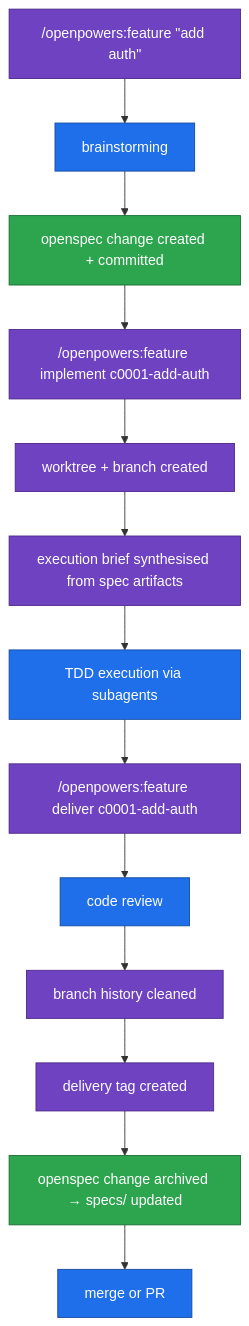
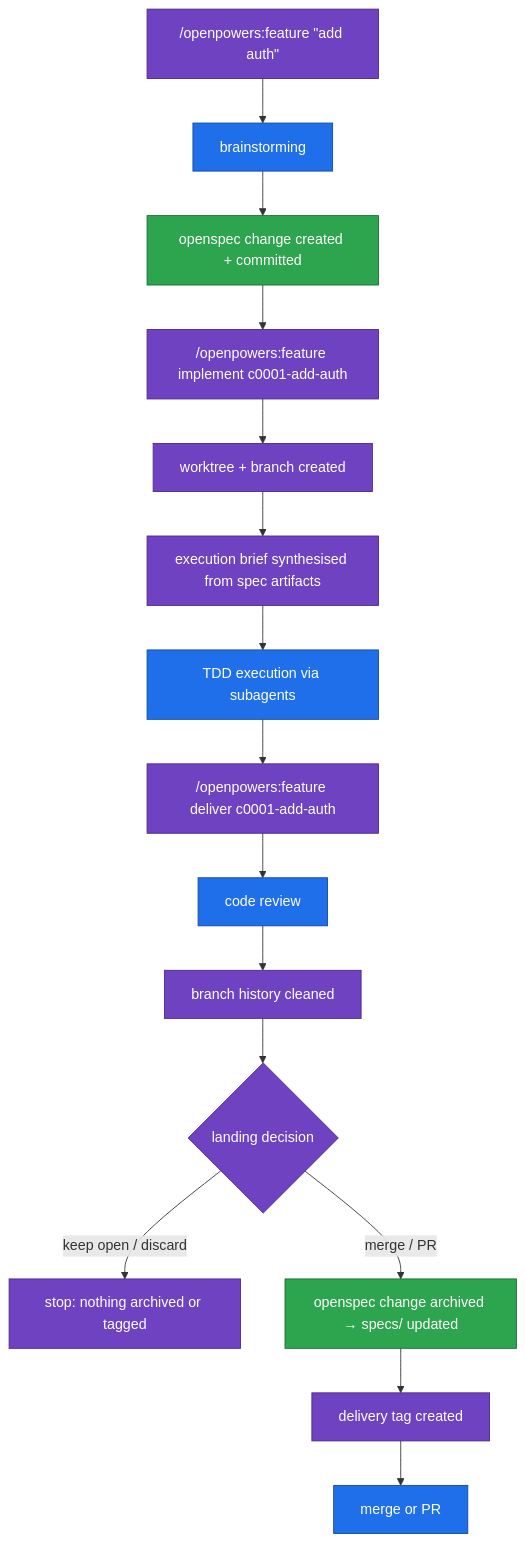
One commit to fuzzyalej/openpowers changed the diagram in README.md. Above: the diagram before and after it, drawn with Mermaid. The commit also changed other lines of this file and 9 other files, not shown here.

````diff
--- a/README.md
+++ b/README.md
@@ -150,23 +151,25 @@
 ```mermaid
 flowchart TD
     A["/openpowers:feature &quot;add auth&quot;"] --> B[brainstorming]
     B --> C[openspec change created + committed]
     C --> D["/openpowers:feature implement c0001-add-auth"]
     D --> E[worktree + branch created]
     E --> F[execution brief synthesised from spec artifacts]
     F --> G[TDD execution via subagents]
     G --> H["/openpowers:feature deliver c0001-add-auth"]
     H --> I[code review]
     I --> J[branch history cleaned]
-    J --> K[delivery tag created]
-    K --> L[openspec change archived → specs/ updated]
-    L --> M[merge or PR]
+    J --> N{landing decision}
+    N -->|keep open / discard| O[stop: nothing archived or tagged]
+    N -->|merge / PR| L[openspec change archived → specs/ updated]
+    L --> K[delivery tag created]
+    K --> M[merge or PR]
 
-    class A,D,H,E,F,J,K openpowers
+    class A,D,H,E,F,J,K,N,O openpowers
     class B,G,I,M superpowers
     class C,L openspec
 
     classDef openpowers fill:#6f42c1,stroke:#4c2889,color:#fff
     classDef superpowers fill:#1f6feb,stroke:#144a9e,color:#fff
     classDef openspec fill:#2da44e,stroke:#1a6e34,color:#fff
 ```
````
